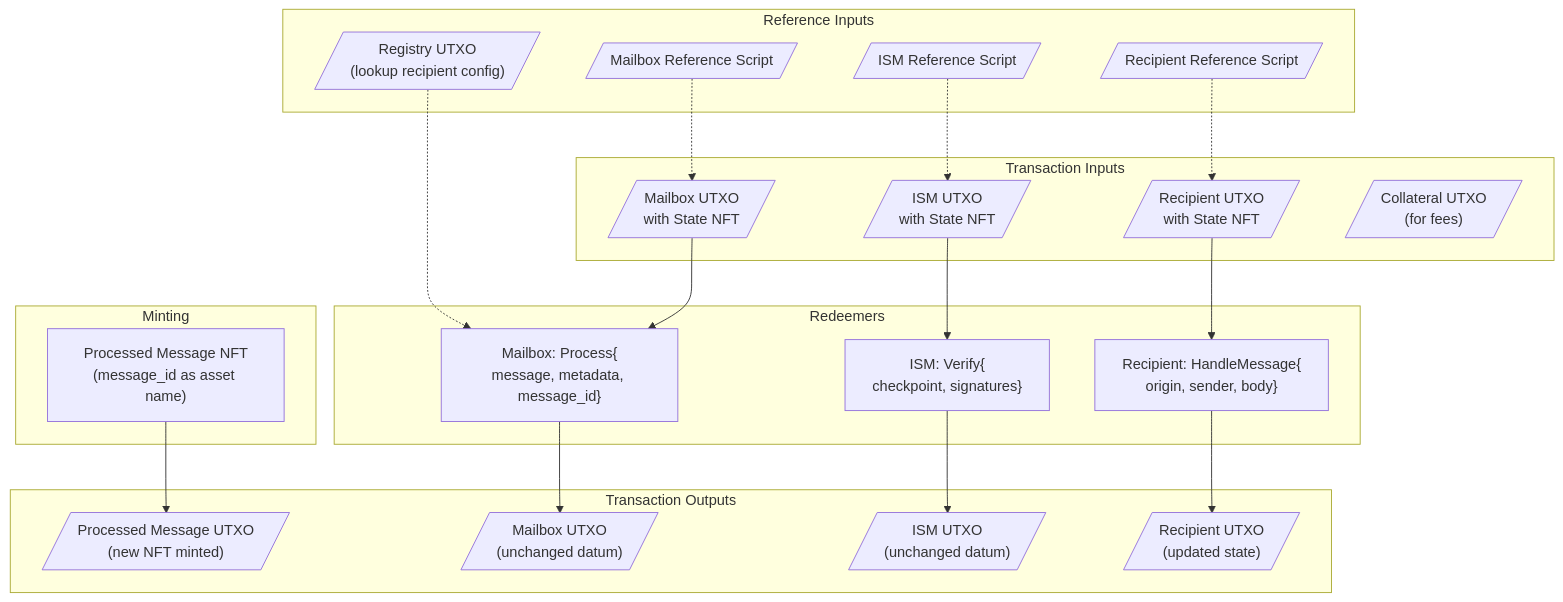
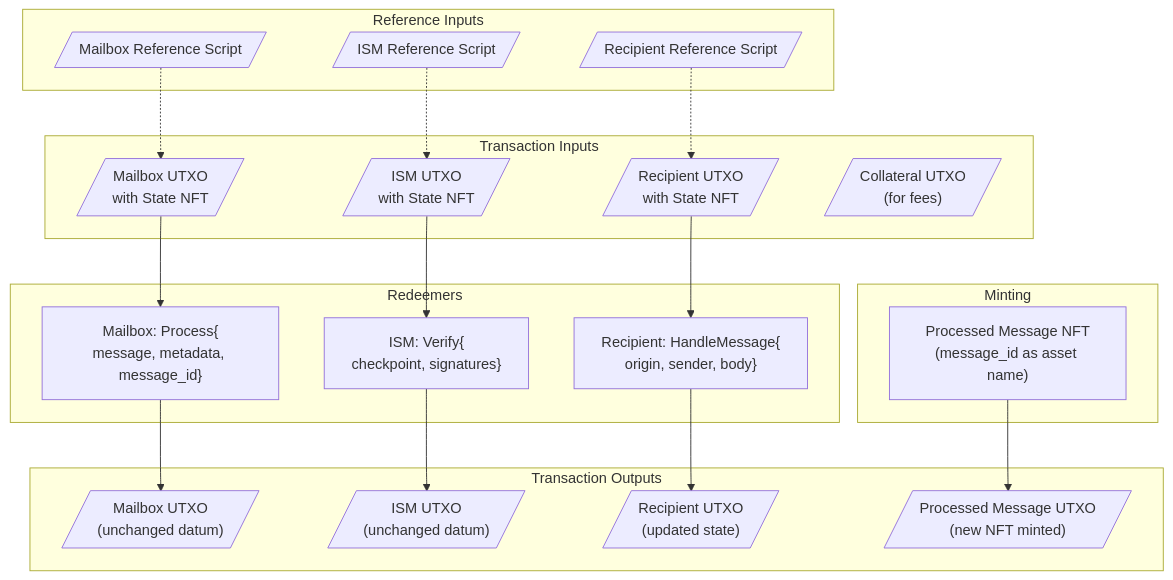
The second of 13 diagrams in cardano/docs/DESIGN.md (eigerco/hyperlane-monorepo), drawn with Mermaid before and after one commit. The commit also changed other lines of this file and 7 other files, not shown here.

````diff
--- a/cardano/docs/DESIGN.md
+++ b/cardano/docs/DESIGN.md
@@ -77,48 +77,46 @@
 ```mermaid
 flowchart TB
     subgraph Inputs["Transaction Inputs"]
         MI[/"Mailbox UTXO<br/>with State NFT"/]
         II[/"ISM UTXO<br/>with State NFT"/]
         RI[/"Recipient UTXO<br/>with State NFT"/]
         CI[/"Collateral UTXO<br/>(for fees)"/]
     end
 
     subgraph RefInputs["Reference Inputs"]
-        RegRef[/"Registry UTXO<br/>(lookup recipient config)"/]
         MBScript[/"Mailbox Reference Script"/]
         ISMScript[/"ISM Reference Script"/]
         RecScript[/"Recipient Reference Script"/]
     end
 
     subgraph Redeemers["Redeemers"]
         MR["Mailbox: Process{<br/>message, metadata, message_id}"]
         IR["ISM: Verify{<br/>checkpoint, signatures}"]
         RR["Recipient: HandleMessage{<br/>origin, sender, body}"]
     end
 
     subgraph Outputs["Transaction Outputs"]
         MO[/"Mailbox UTXO<br/>(unchanged datum)"/]
         IO[/"ISM UTXO<br/>(unchanged datum)"/]
         RO[/"Recipient UTXO<br/>(updated state)"/]
         PMO[/"Processed Message UTXO<br/>(new NFT minted)"/]
     end
 
     subgraph Minting["Minting"]
         PMNFT["Processed Message NFT<br/>(message_id as asset name)"]
     end
 
     MI --> MR
     II --> IR
     RI --> RR
 
     MR --> MO
     IR --> IO
     RR --> RO
 
     PMNFT --> PMO
 
-    RegRef -.-> MR
     MBScript -.-> MI
     ISMScript -.-> II
     RecScript -.-> RI
 ```
````
